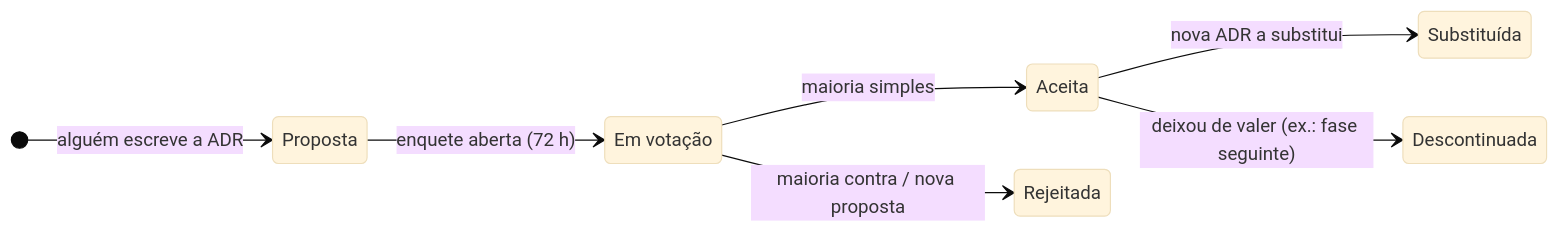
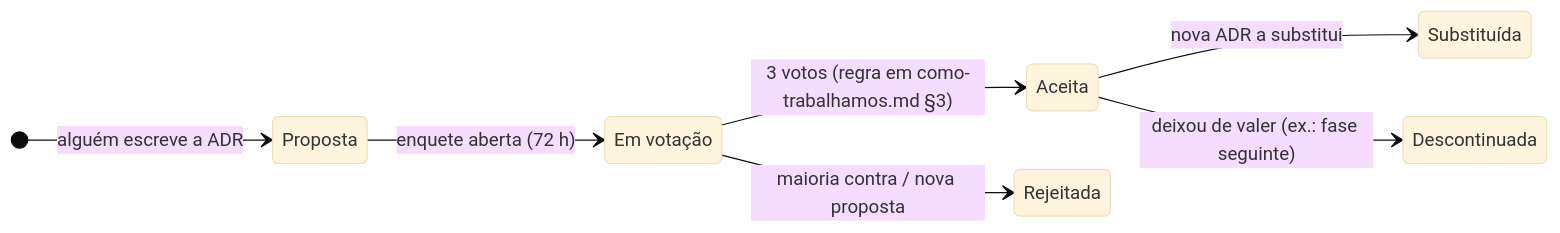
One commit to HermandoThiago/FIAP-SOAT changed the diagram in docs/02-adr/README.md. Above: the diagram before and after it, drawn with Mermaid (base theme). The commit also changed 4 other files, not shown here.

First line of the commit message:
docs(guia): regra de vitória da enquete — 3 votos; empate vai a discussão + enquete rápida de 24 h

````diff
--- a/docs/02-adr/README.md
+++ b/docs/02-adr/README.md
@@ -8,12 +8,12 @@
 ```mermaid
 stateDiagram-v2
     direction LR
     [*] --> Proposta: alguém escreve a ADR
     Proposta --> EmVotacao: enquete aberta (72 h)
-    EmVotacao --> Aceita: maioria simples
+    EmVotacao --> Aceita: 3 votos (regra em como-trabalhamos.md §3)
     EmVotacao --> Rejeitada: maioria contra / nova proposta
     Aceita --> Substituida: nova ADR a substitui
     Aceita --> Descontinuada: deixou de valer (ex.: fase seguinte)
     state "Em votação" as EmVotacao
     state "Substituída" as Substituida
 ```
````
